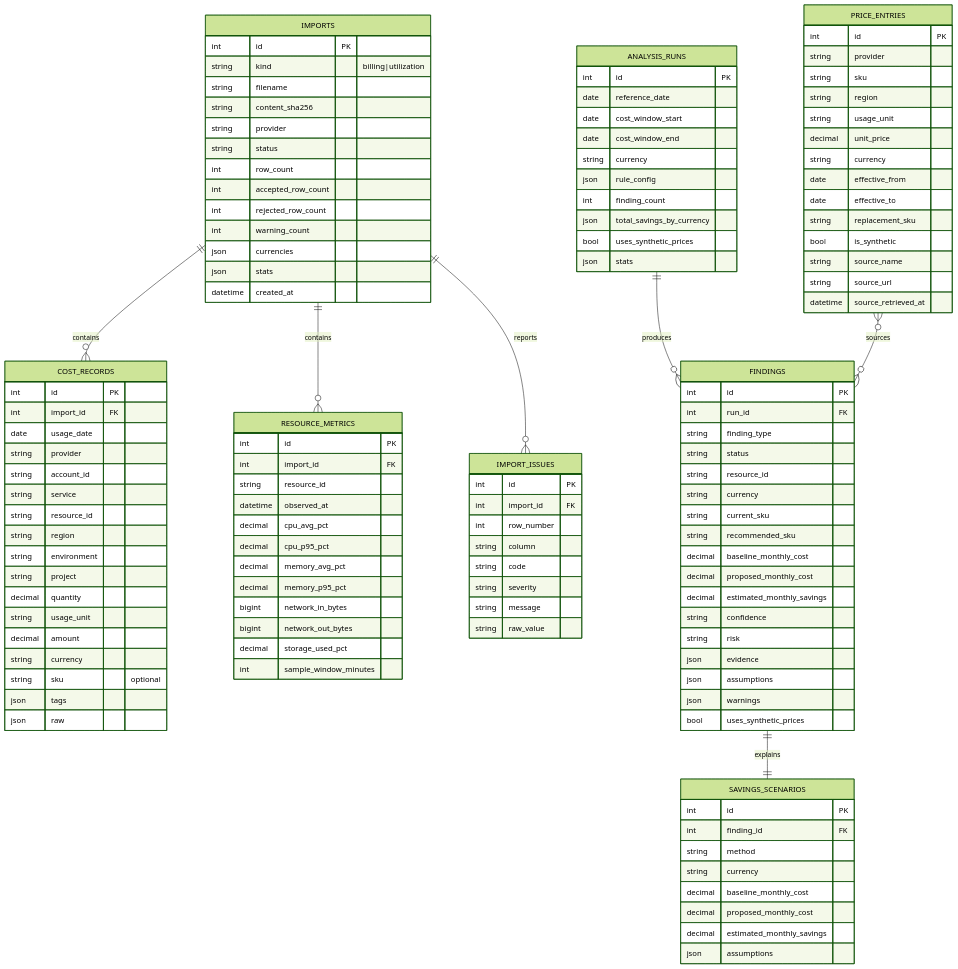
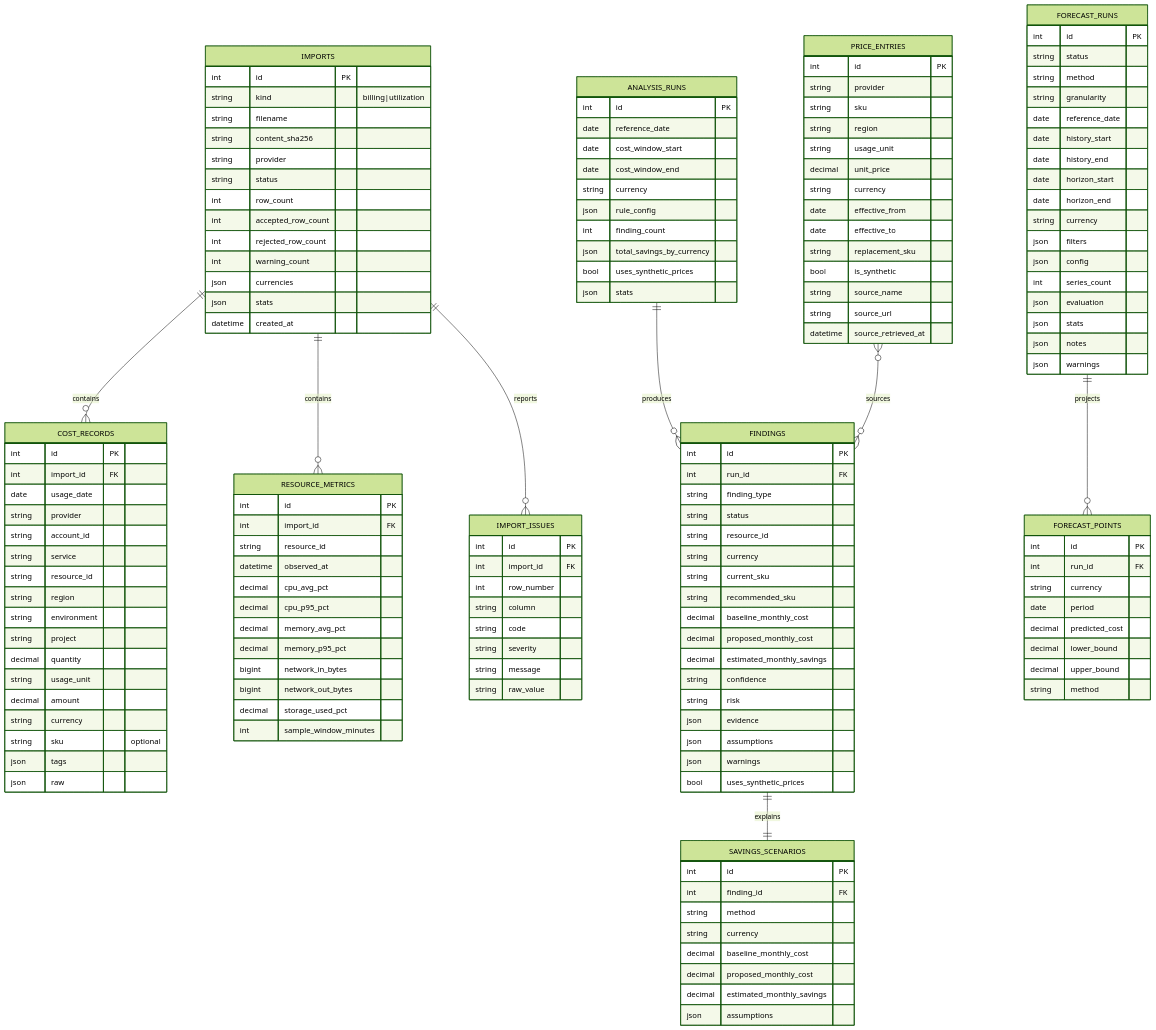
The third of 4 diagrams in docs/ARCHITECTURE.md (bharath609/CloudPilot.ai), drawn with Mermaid (forest theme) before and after one commit. The commit also changed other lines of this file and 14 other files, not shown here.

````diff
--- a/docs/ARCHITECTURE.md
+++ b/docs/ARCHITECTURE.md
@@ -251,6 +299,7 @@
   ANALYSIS_RUNS ||--o{ FINDINGS : "produces"
   FINDINGS ||--|| SAVINGS_SCENARIOS : "explains"
   PRICE_ENTRIES }o--o{ FINDINGS : "sources"
+  FORECAST_RUNS ||--o{ FORECAST_POINTS : "projects"
 
   IMPORTS {
     int id PK
@@ -367,4 +416,33 @@
     decimal estimated_monthly_savings
     json assumptions
   }
+  FORECAST_RUNS {
+    int id PK
+    string status
+    string method
+    string granularity
+    date reference_date
+    date history_start
+    date history_end
+    date horizon_start
+    date horizon_end
+    string currency
+    json filters
+    json config
+    int series_count
+    json evaluation
+    json stats
+    json notes
+    json warnings
+  }
+  FORECAST_POINTS {
+    int id PK
+    int run_id FK
+    string currency
+    date period
+    decimal predicted_cost
+    decimal lower_bound
+    decimal upper_bound
+    string method
+  }
 ```
````
